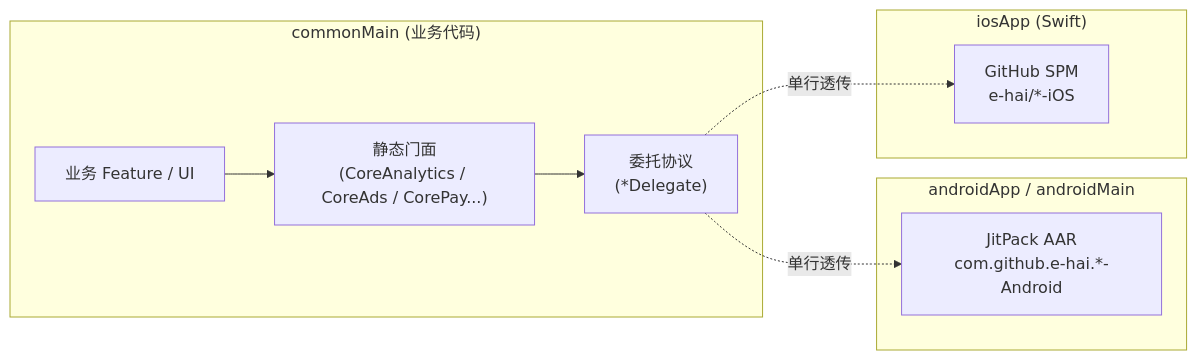
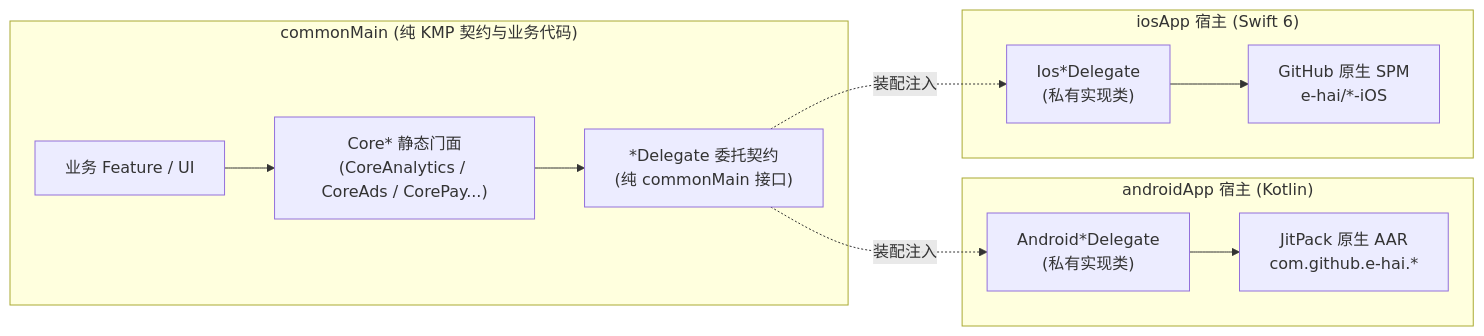
The diagram in README.md (e-hai/Architecture), drawn with Mermaid before and after one commit. The commit also changed other lines of this file and 1 other file, not shown here.

Commit message:
docs(arch): synchronize AGENTS.md and README.md with dual-track architecture and Core* rules
- Update AGENTS.md with 100% pure commonMain commercial kits, Core* prefix naming, and two-phase initialization rules
- Update README.md project structure tree and Mermaid flow diagram to reflect symmetric NativeKitBootstrap delegates

````diff
--- a/README.md
+++ b/README.md
@@ -58,20 +61,25 @@
 ```mermaid
 flowchart LR
-    subgraph Common["commonMain (业务代码)"]
+    subgraph Common["commonMain (纯 KMP 契约与业务代码)"]
         Biz["业务 Feature / UI"]
-        Facade["静态门面<br/>(CoreAnalytics / CoreAds / CorePay...)"]
-        Delegate["委托协议<br/>(*Delegate)"]
+        Facade["Core* 静态门面<br/>(CoreAnalytics / CoreAds / CorePay...)"]
+        Delegate["*Delegate 委托契约<br/>(纯 commonMain 接口)"]
         Biz --> Facade
         Facade --> Delegate
     end
 
-    subgraph Android["androidApp / androidMain"]
-        AndroidSDK["JitPack AAR<br/>com.github.e-hai.*-Android"]
-        Delegate -.->|单行透传| AndroidSDK
+    subgraph Android["androidApp 宿主 (Kotlin)"]
+        AndDelegate["Android*Delegate<br/>(私有实现类)"]
+        AndroidSDK["JitPack 原生 AAR<br/>com.github.e-hai.*"]
+        AndDelegate --> AndroidSDK
     end
 
-    subgraph iOS["iosApp (Swift)"]
-        IosSPM["GitHub SPM<br/>e-hai/*-iOS"]
-        Delegate -.->|单行透传| IosSPM
+    subgraph iOS["iosApp 宿主 (Swift 6)"]
+        IosDelegate["Ios*Delegate<br/>(私有实现类)"]
+        IosSPM["GitHub 原生 SPM<br/>e-hai/*-iOS"]
+        IosDelegate --> IosSPM
     end
+
+    Delegate -.->|装配注入| AndDelegate
+    Delegate -.->|装配注入| IosDelegate
 ```
````
